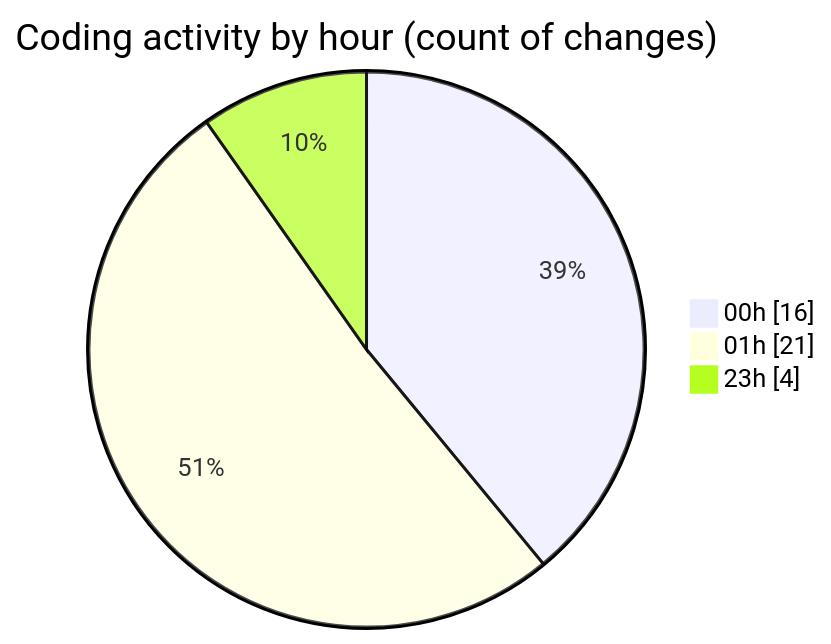
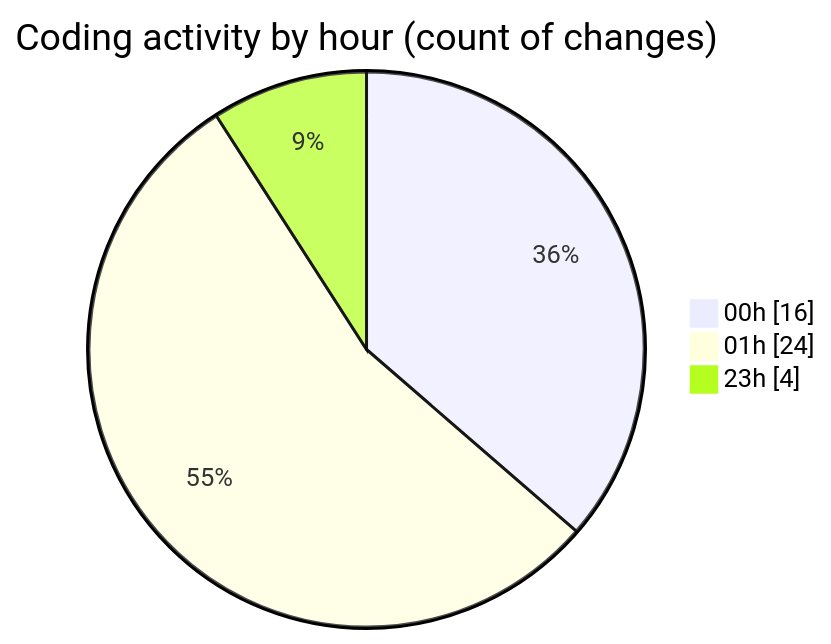
Before and after one commit to julien-gomy/code-tracking: the second of 2 diagrams in 2025-11-23/eventscop-frontend-guide__workspace_/README.md, drawn with Mermaid. The commit also changed other lines of this file and 1 other file, not shown here.

````diff
--- a/2025-11-23/eventscop-frontend-guide__workspace_/README.md
+++ b/2025-11-23/eventscop-frontend-guide__workspace_/README.md
@@ -44,7 +45,7 @@
 ```mermaid
 pie showData
 title Coding activity by hour (count of changes)
 "00h" : 16
-"01h" : 21
+"01h" : 24
 "23h" : 4
 ```
````
